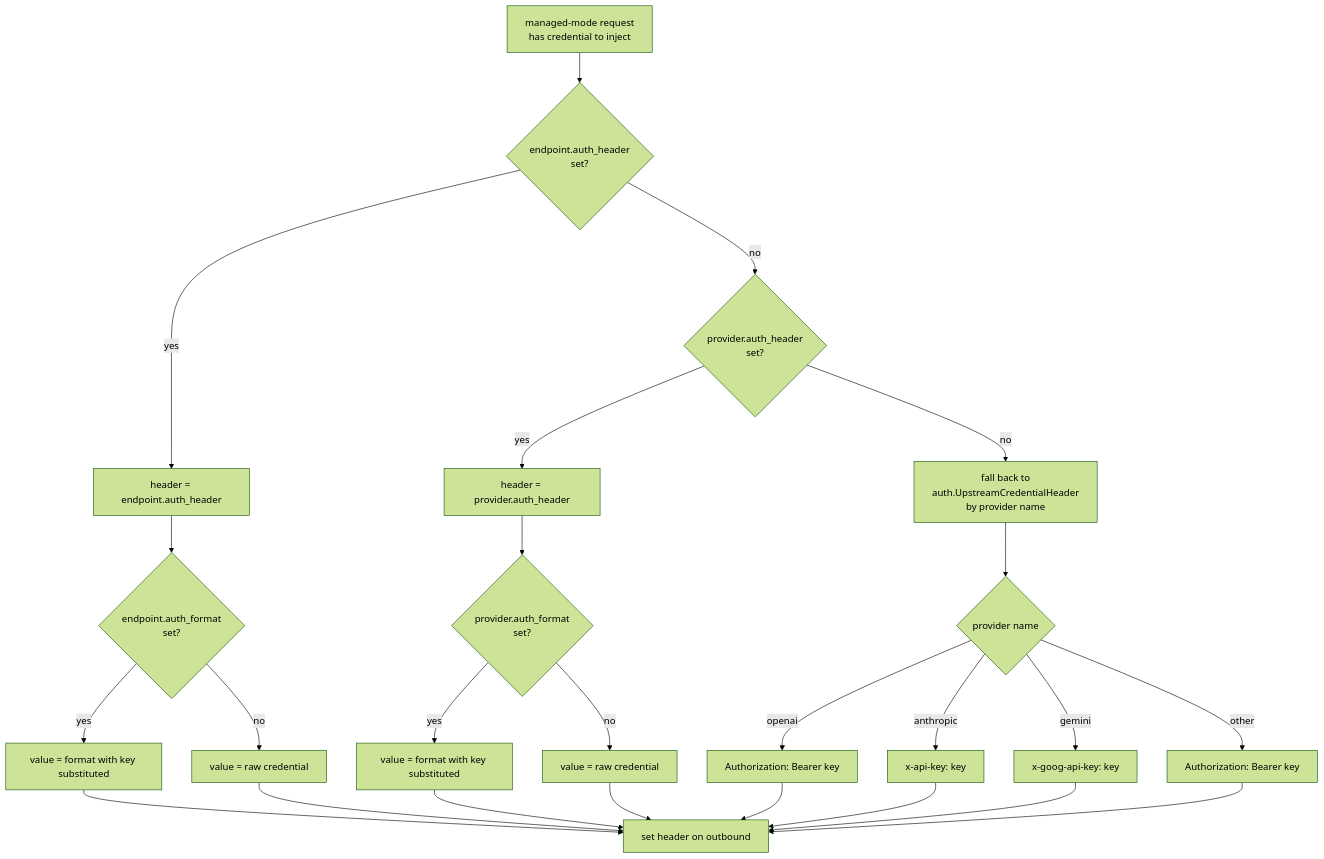
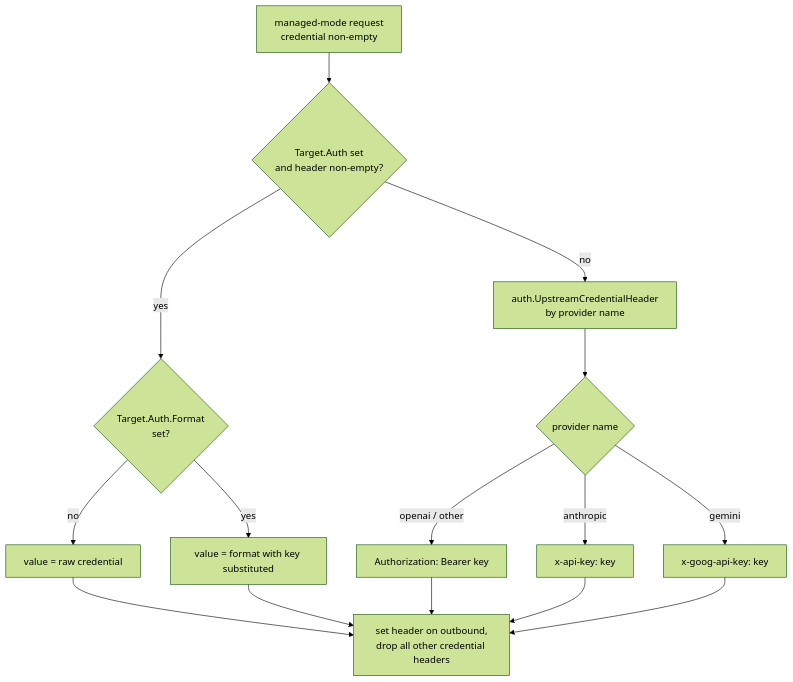
The second of 2 diagrams in docs/providers.md (andyjmorgan/slipspace-gateway), drawn with Mermaid (forest theme) before and after one commit. The commit also changed other lines of this file and 27 other files, not shown here.

````diff
--- a/docs/providers.md
+++ b/docs/providers.md
@@ -180,27 +230,17 @@
 ```mermaid
 flowchart TB
-    Start[managed-mode request<br/>has credential to inject] --> EndCheck{endpoint.auth_header<br/>set?}
-    EndCheck -- yes --> EndHeader[header = endpoint.auth_header]
-    EndHeader --> EndFmt{endpoint.auth_format<br/>set?}
-    EndFmt -- yes --> EndApply[value = format with key substituted]
-    EndFmt -- no --> EndRaw[value = raw credential]
-    EndCheck -- no --> ProvCheck{provider.auth_header<br/>set?}
-    ProvCheck -- yes --> ProvHeader[header = provider.auth_header]
-    ProvHeader --> ProvFmt{provider.auth_format<br/>set?}
-    ProvFmt -- yes --> ProvApply[value = format with key substituted]
-    ProvFmt -- no --> ProvRaw[value = raw credential]
-    ProvCheck -- no --> Default[fall back to<br/>auth.UpstreamCredentialHeader<br/>by provider name]
-    Default --> DefaultOAI{provider name}
-    DefaultOAI -- openai --> Auth1[Authorization: Bearer key]
-    DefaultOAI -- anthropic --> Auth2[x-api-key: key]
-    DefaultOAI -- gemini --> Auth3[x-goog-api-key: key]
-    DefaultOAI -- other --> Auth4[Authorization: Bearer key]
-    EndApply --> Done[set header on outbound]
-    EndRaw --> Done
-    ProvApply --> Done
-    ProvRaw --> Done
-    Auth1 --> Done
-    Auth2 --> Done
-    Auth3 --> Done
-    Auth4 --> Done
+    Start[managed-mode request<br/>credential non-empty] --> AuthCheck{Target.Auth set<br/>and header non-empty?}
+    AuthCheck -- no --> Default[auth.UpstreamCredentialHeader<br/>by provider name]
+    AuthCheck -- yes --> FmtCheck{Target.Auth.Format<br/>set?}
+    FmtCheck -- no --> Raw[value = raw credential]
+    FmtCheck -- yes --> Apply[value = format with key substituted]
+    Default --> ByName{provider name}
+    ByName -- anthropic --> A2[x-api-key: key]
+    ByName -- gemini --> A3[x-goog-api-key: key]
+    ByName -- openai / other --> A1[Authorization: Bearer key]
+    Raw --> Done[set header on outbound,<br/>drop all other credential headers]
+    Apply --> Done
+    A1 --> Done
+    A2 --> Done
+    A3 --> Done
 ```
````
